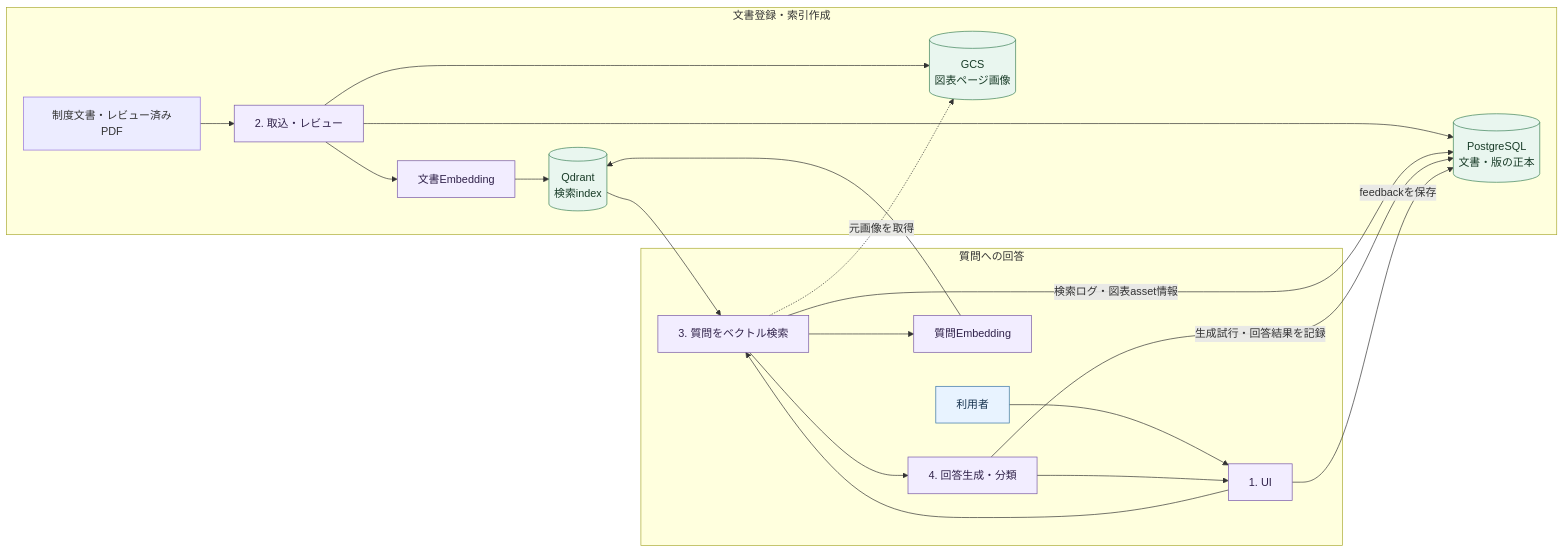
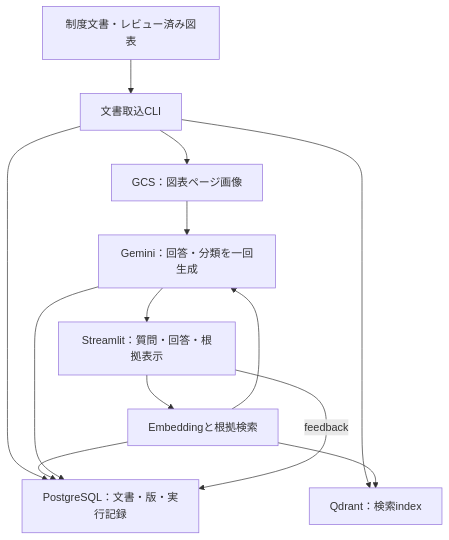
One commit to toko1970/municipal-rag-assistant changed the diagram in README.md. Above: the diagram before and after it, drawn with Mermaid. The commit also changed other lines of this file and 33 other files, not shown here.

````diff
--- a/README.md
+++ b/README.md
@@ -11,31 +50,15 @@
 ```mermaid
-flowchart LR
-    subgraph ING[文書登録・索引作成]
-        DOC[制度文書・レビュー済みPDF] --> INGEST[2. 取込・レビュー]
-        INGEST --> PG[(PostgreSQL<br/>文書・版の正本)]
-        INGEST --> DOC_EMB[文書Embedding]
-        DOC_EMB --> QD[(Qdrant<br/>検索index)]
-        INGEST --> GCS[(GCS<br/>図表ページ画像)]
-    end
-
-    subgraph QA[質問への回答]
-        U[利用者] --> UI[1. UI]
-        UI --> SEARCH[3. 質問をベクトル検索]
-        SEARCH --> QUERY_EMB[質問Embedding]
-        QUERY_EMB --> QD
-        QD --> SEARCH
-        SEARCH --> GEN[4. 回答生成・分類]
-        GEN --> UI
-        SEARCH -->|検索ログ・図表asset情報| PG
-        GEN -->|生成試行・回答結果を記録| PG
-        UI -->|feedbackを保存| PG
-        SEARCH -. 元画像を取得 .-> GCS
-    end
-
-    classDef user fill:#e8f3ff,stroke:#3572a5,color:#16324f
-    classDef process fill:#f2edff,stroke:#7656a5,color:#30224a
-    classDef store fill:#e9f6ef,stroke:#3b8058,color:#183b27
-    class U user
-    class UI,INGEST,DOC_EMB,SEARCH,QUERY_EMB,GEN process
-    class PG,QD,GCS store
+flowchart TD
+    DOC["制度文書・レビュー済み図表"] --> INGEST["文書取込CLI"]
+    INGEST --> PG["PostgreSQL：文書・版・実行記録"]
+    INGEST --> QD["Qdrant：検索index"]
+    INGEST --> GCS["GCS：図表ページ画像"]
+    UI["Streamlit：質問・回答・根拠表示"] --> SEARCH["Embeddingと根拠検索"]
+    SEARCH --> QD
+    SEARCH --> GEN["Gemini：回答・分類を一回生成"]
+    GCS --> GEN
+    GEN --> UI
+    SEARCH --> PG
+    GEN --> PG
+    UI -->|feedback| PG
 ```
````
